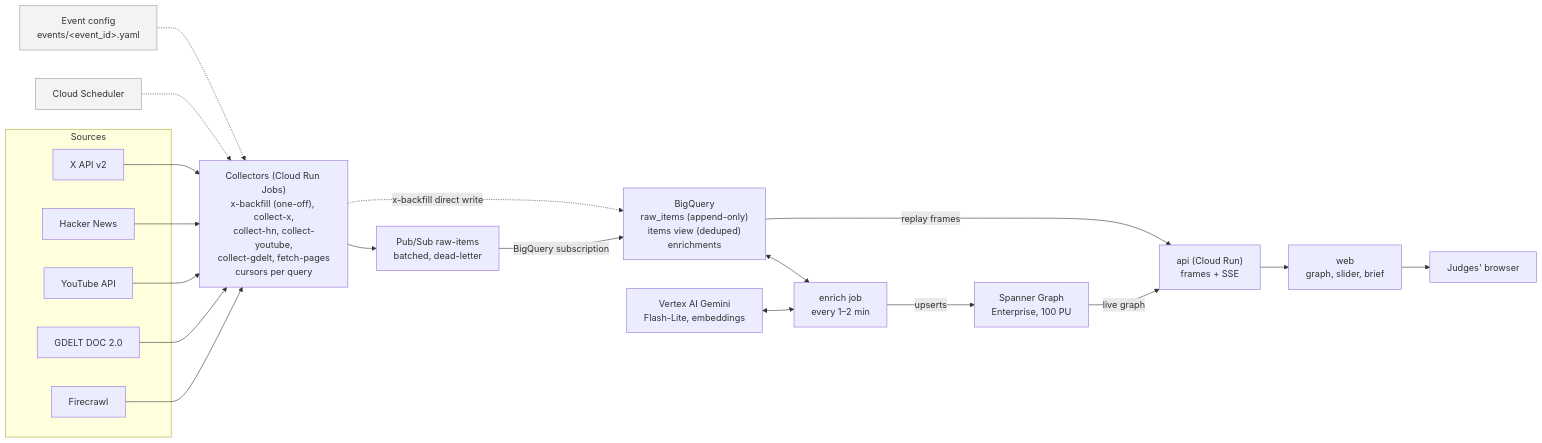
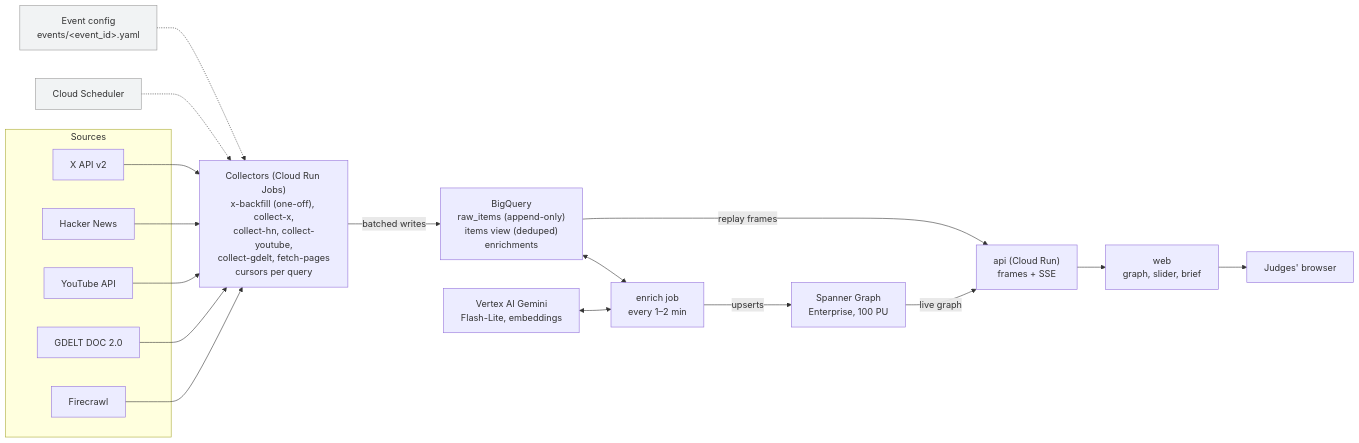
Before and after one commit to Tanav-Kolar/VeriFact_Startup_Buildathon: the diagram in steering_docs/PRD.md, drawn with Mermaid. The commit also changed other lines of this file and 20 other files, not shown here.

````diff
--- a/steering_docs/PRD.md
+++ b/steering_docs/PRD.md
@@ -435,39 +436,36 @@
 ```mermaid
 flowchart LR
   cfg["Event config<br/>events/&lt;event_id&gt;.yaml"]:::note
   sch["Cloud Scheduler"]:::note
   subgraph Sources
     X["X API v2"]
     HN["Hacker News"]
     YT["YouTube API"]
     GD["GDELT DOC 2.0"]
     FC["Firecrawl"]
   end
   COL["Collectors (Cloud Run Jobs)<br/>x-backfill (one-off), collect-x,<br/>collect-hn, collect-youtube,<br/>collect-gdelt, fetch-pages<br/>cursors per query"]
-  PS["Pub/Sub raw-items<br/>batched, dead-letter"]
   BQ["BigQuery<br/>raw_items (append-only)<br/>items view (deduped)<br/>enrichments"]
   AI["Vertex AI Gemini<br/>Flash-Lite, embeddings"]
   EN["enrich job<br/>every 1–2 min"]
   SP["Spanner Graph<br/>Enterprise, 100 PU"]
   API["api (Cloud Run)<br/>frames + SSE"]
   WEB["web<br/>graph, slider, brief"]
   BR["Judges' browser"]
 
   cfg -.-> COL
   sch -.-> COL
   X --> COL
   HN --> COL
   YT --> COL
   GD --> COL
   FC --> COL
-  COL --> PS
-  COL -. "x-backfill direct write" .-> BQ
-  PS -- "BigQuery subscription" --> BQ
+  COL -- "batched writes" --> BQ
   BQ <--> EN
   AI <--> EN
   EN -- upserts --> SP
   BQ -- "replay frames" --> API
   SP -- "live graph" --> API
   API --> WEB --> BR
   classDef note fill:#f1f3f4,stroke:#999;
 ```
````
